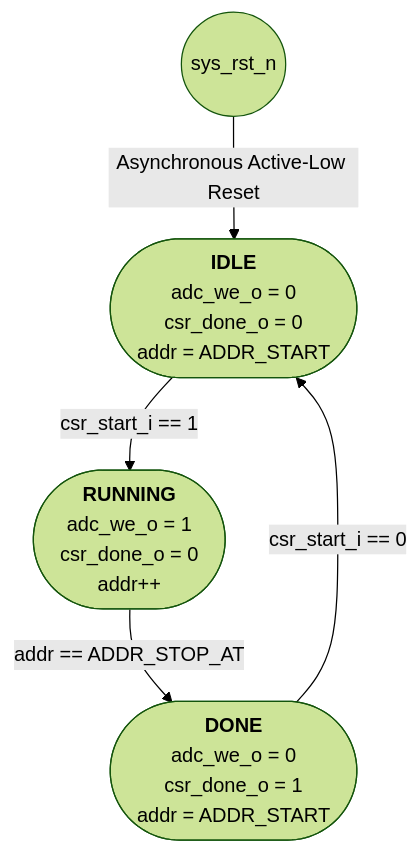
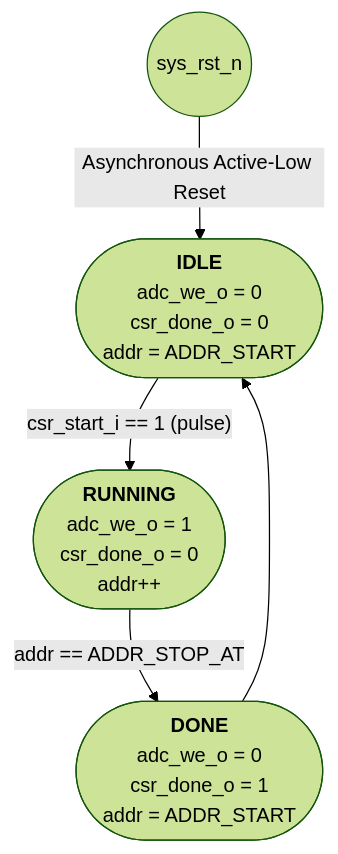
Before and after one commit to chili-chips-ba/uberClock: the diagram in 3.miniac/README.md, drawn with Mermaid (forest theme). The commit also changed other lines of this file, not shown here.

````diff
--- a/3.miniac/README.md
+++ b/3.miniac/README.md
@@ -120,13 +120,13 @@
 ```mermaid 
 flowchart TD
     RESET((sys_rst_n)) -- Asynchronous Active-Low Reset --> IDLE
 
     IDLE(["<b>IDLE</b><br/>adc_we_o = 0<br/>csr_done_o = 0<br/>addr = ADDR_START"])
     RUNNING(["<b>RUNNING</b><br/>adc_we_o = 1<br/>csr_done_o = 0<br/>addr++"])
     DONE(["<b>DONE</b><br/>adc_we_o = 0<br/>csr_done_o = 1<br/>addr = ADDR_START"])
 
-    IDLE -- "csr_start_i == 1" --> RUNNING
+    IDLE -- "csr_start_i == 1 (pulse)" --> RUNNING
     RUNNING -- "addr == ADDR_STOP_AT" --> DONE
-    DONE -- "csr_start_i == 0" --> IDLE
+    DONE --> IDLE
     
 ```
````
